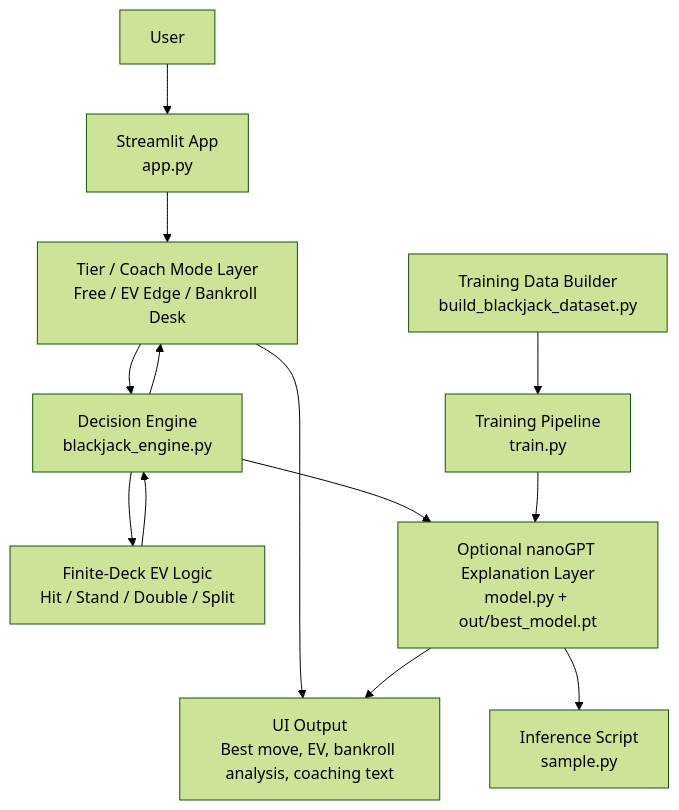
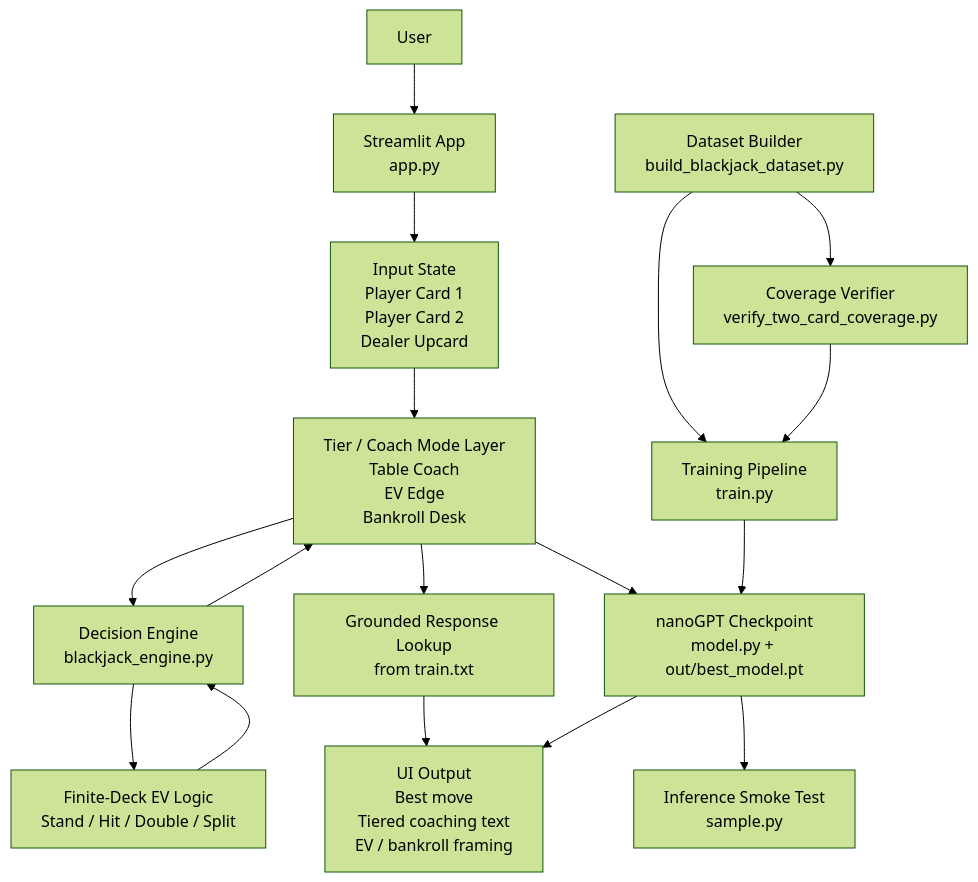
One commit to jaddis12/Project-301- changed the first of 2 diagrams in SYSTEM_DESIGN.md. Above: the diagram before and after it, drawn with Mermaid (forest theme). The commit also changed other lines of this file and 11 other files, not shown here.

````diff
--- a/SYSTEM_DESIGN.md
+++ b/SYSTEM_DESIGN.md
@@ -7,28 +7,35 @@
 ```mermaid
 flowchart TD
     U["User"]
     UI["Streamlit App<br/>app.py"]
-    TIER["Tier / Coach Mode Layer<br/>Free / EV Edge / Bankroll Desk"]
+    INPUT["Input State<br/>Player Card 1<br/>Player Card 2<br/>Dealer Upcard"]
+    TIER["Tier / Coach Mode Layer<br/>Table Coach<br/>EV Edge<br/>Bankroll Desk"]
     ENGINE["Decision Engine<br/>blackjack_engine.py"]
-    EV["Finite-Deck EV Logic<br/>Hit / Stand / Double / Split"]
-    GPT["Optional nanoGPT Explanation Layer<br/>model.py + out/best_model.pt"]
-    DATA["Training Data Builder<br/>build_blackjack_dataset.py"]
+    EV["Finite-Deck EV Logic<br/>Stand / Hit / Double / Split"]
+    RETRIEVE["Grounded Response Lookup<br/>from train.txt"]
+    GPT["nanoGPT Checkpoint<br/>model.py + out/best_model.pt"]
+    OUT["UI Output<br/>Best move<br/>Tiered coaching text<br/>EV / bankroll framing"]
+
+    BUILD["Dataset Builder<br/>build_blackjack_dataset.py"]
+    VERIFY["Coverage Verifier<br/>verify_two_card_coverage.py"]
     TRAIN["Training Pipeline<br/>train.py"]
-    SAMPLE["Inference Script<br/>sample.py"]
-    OUT["UI Output<br/>Best move, EV, bankroll analysis, coaching text"]
+    SAMPLE["Inference Smoke Test<br/>sample.py"]
 
     U --> UI
-    UI --> TIER
+    UI --> INPUT
+    INPUT --> TIER
     TIER --> ENGINE
     ENGINE --> EV
     EV --> ENGINE
     ENGINE --> TIER
-    TIER --> OUT
-
-    ENGINE --> GPT
+    TIER --> RETRIEVE
+    RETRIEVE --> OUT
+    TIER --> GPT
     GPT --> OUT
 
-    DATA --> TRAIN
+    BUILD --> VERIFY
+    BUILD --> TRAIN
+    VERIFY --> TRAIN
     TRAIN --> GPT
     GPT --> SAMPLE
 ```
````
